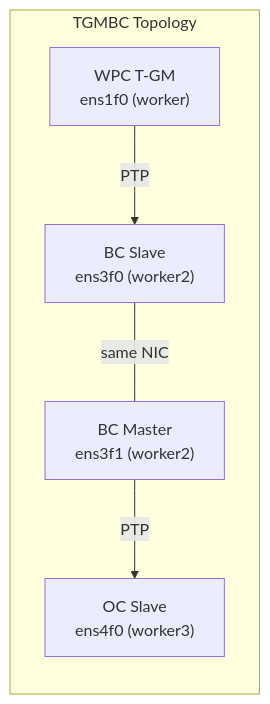
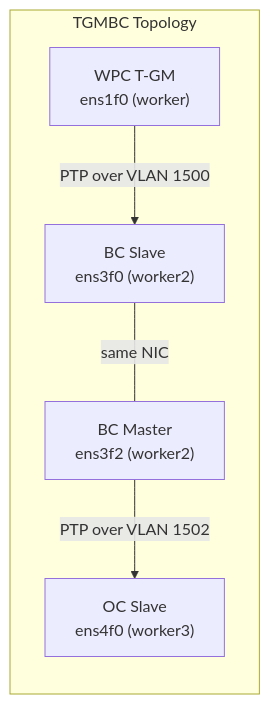
One commit to k8snetworkplumbingwg/ptp-operator changed diagram 12 of 12 in docs/netdevsim-ptp-simulation.md. Above: the diagram before and after it, drawn with Mermaid. The commit also changed other lines of this file and 17 other files, not shown here.

````diff
--- a/docs/netdevsim-ptp-simulation.md
+++ b/docs/netdevsim-ptp-simulation.md
@@ -528,12 +528,12 @@
 ```mermaid
 flowchart LR
     subgraph tgmbc_topo ["TGMBC Topology"]
         gm2["WPC T-GM<br/>ens1f0 (worker)"]
         bc_slave["BC Slave<br/>ens3f0 (worker2)"]
-        bc_master["BC Master<br/>ens3f1 (worker2)"]
+        bc_master["BC Master<br/>ens3f2 (worker2)"]
         oc2["OC Slave<br/>ens4f0 (worker3)"]
-        gm2 -->|"PTP"| bc_slave
+        gm2 -->|"PTP over VLAN 1500"| bc_slave
         bc_slave ---|"same NIC"| bc_master
-        bc_master -->|"PTP"| oc2
+        bc_master -->|"PTP over VLAN 1502"| oc2
     end
 ```
````
